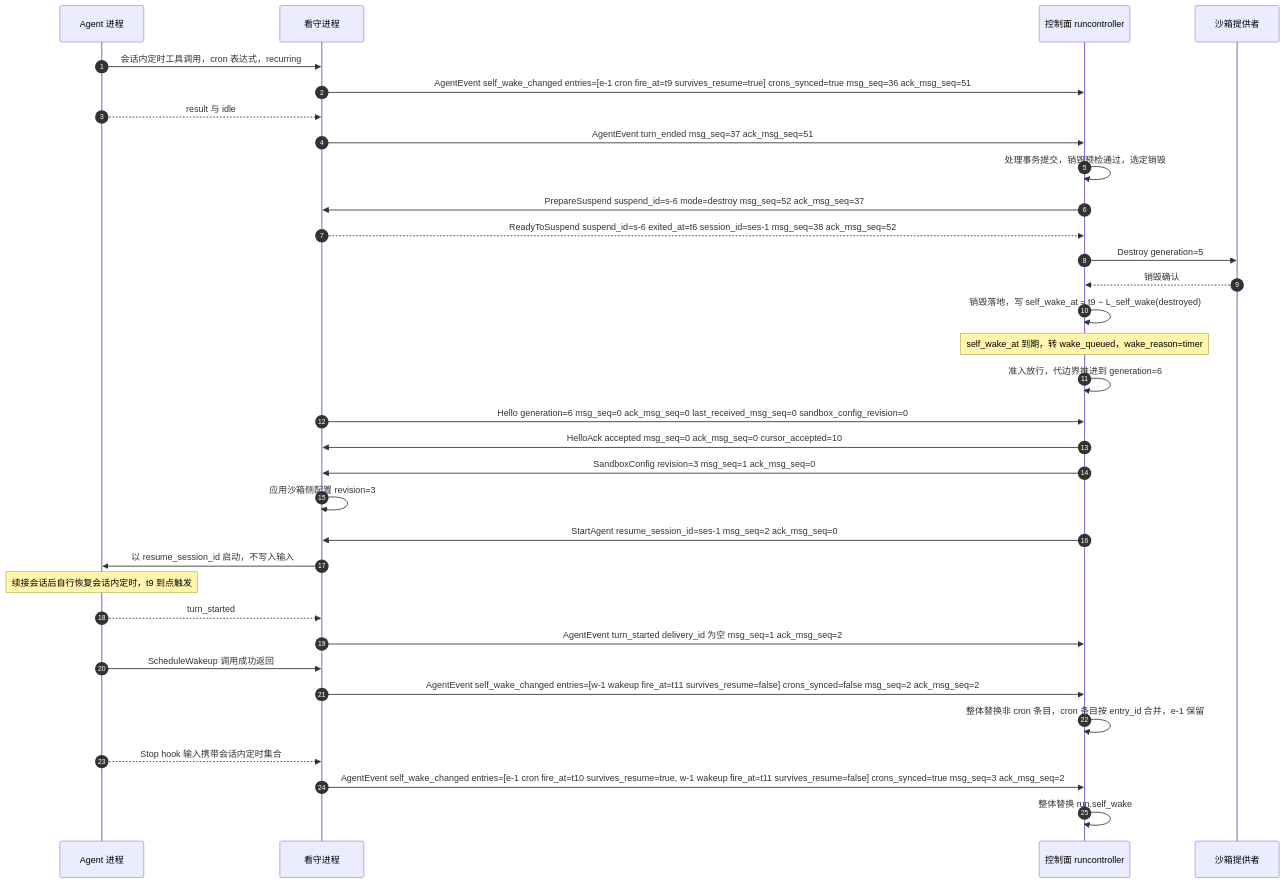
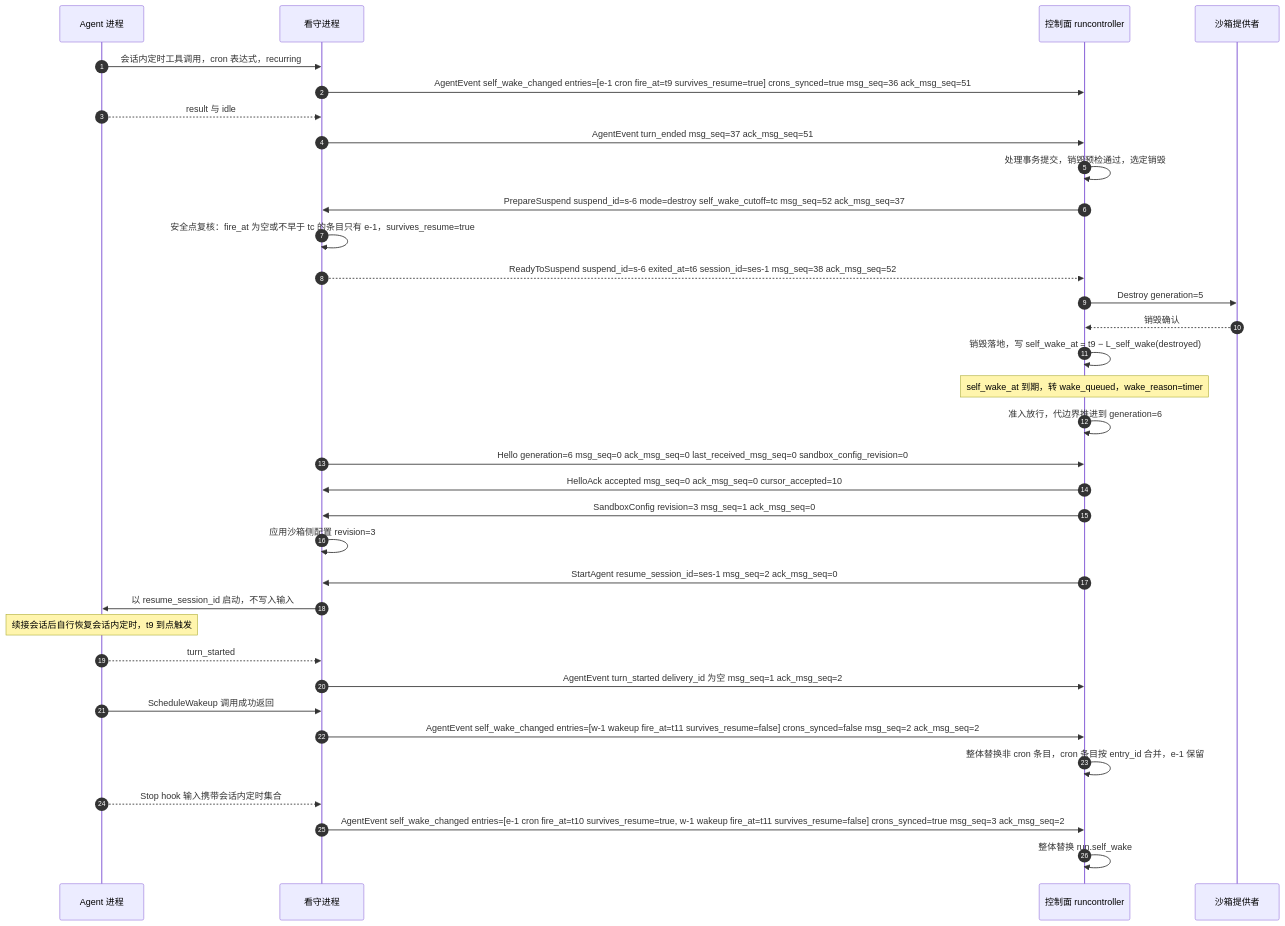
The eighth of 8 diagrams in docs/design/modules/design-agentprotocol.md (wangzw/castworks), drawn with Mermaid before and after one commit. The commit also changed other lines of this file and 13 other files, not shown here.

````diff
--- a/docs/design/modules/design-agentprotocol.md
+++ b/docs/design/modules/design-agentprotocol.md
@@ -553,35 +553,36 @@
 ```mermaid
 sequenceDiagram
     autonumber
     participant A as Agent 进程
     participant W as 看守进程
     participant R as 控制面 runcontroller
     participant P as 沙箱提供者
     A->>W: 会话内定时工具调用，cron 表达式，recurring
     W->>R: AgentEvent self_wake_changed entries=[e-1 cron fire_at=t9 survives_resume=true] crons_synced=true msg_seq=36 ack_msg_seq=51
     A-->>W: result 与 idle
     W->>R: AgentEvent turn_ended msg_seq=37 ack_msg_seq=51
     R->>R: 处理事务提交，销毁预检通过，选定销毁
-    R->>W: PrepareSuspend suspend_id=s-6 mode=destroy msg_seq=52 ack_msg_seq=37
+    R->>W: PrepareSuspend suspend_id=s-6 mode=destroy self_wake_cutoff=tc msg_seq=52 ack_msg_seq=37
+    W->>W: 安全点复核：fire_at 为空或不早于 tc 的条目只有 e-1，survives_resume=true
     W-->>R: ReadyToSuspend suspend_id=s-6 exited_at=t6 session_id=ses-1 msg_seq=38 ack_msg_seq=52
     R->>P: Destroy generation=5
     P-->>R: 销毁确认
     R->>R: 销毁落地，写 self_wake_at = t9 − L_self_wake(destroyed)
     Note over R: self_wake_at 到期，转 wake_queued，wake_reason=timer
     R->>R: 准入放行，代边界推进到 generation=6
     W->>R: Hello generation=6 msg_seq=0 ack_msg_seq=0 last_received_msg_seq=0 sandbox_config_revision=0
     R->>W: HelloAck accepted msg_seq=0 ack_msg_seq=0 cursor_accepted=10
     R->>W: SandboxConfig revision=3 msg_seq=1 ack_msg_seq=0
     W->>W: 应用沙箱侧配置 revision=3
     R->>W: StartAgent resume_session_id=ses-1 msg_seq=2 ack_msg_seq=0
     W->>A: 以 resume_session_id 启动，不写入输入
     Note over A: 续接会话后自行恢复会话内定时，t9 到点触发
     A-->>W: turn_started
     W->>R: AgentEvent turn_started delivery_id 为空 msg_seq=1 ack_msg_seq=2
     A->>W: ScheduleWakeup 调用成功返回
     W->>R: AgentEvent self_wake_changed entries=[w-1 wakeup fire_at=t11 survives_resume=false] crons_synced=false msg_seq=2 ack_msg_seq=2
     R->>R: 整体替换非 cron 条目，cron 条目按 entry_id 合并，e-1 保留
     A-->>W: Stop hook 输入携带会话内定时集合
     W->>R: AgentEvent self_wake_changed entries=[e-1 cron fire_at=t10 survives_resume=true, w-1 wakeup fire_at=t11 survives_resume=false] crons_synced=true msg_seq=3 ack_msg_seq=2
     R->>R: 整体替换 run.self_wake
 ```
````
